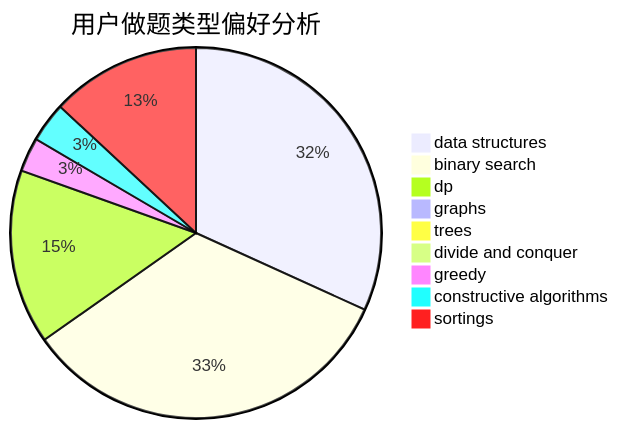
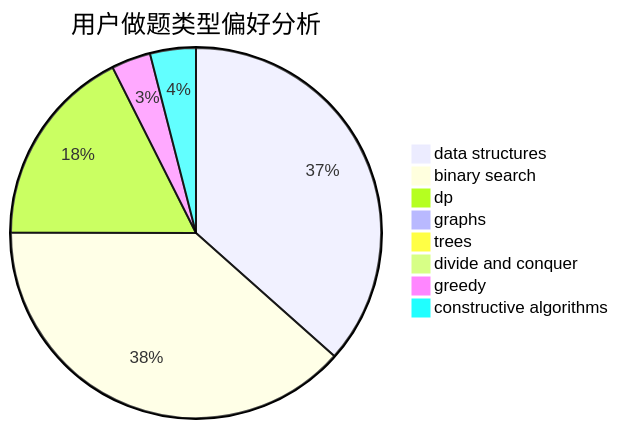
One commit to sherpahu/cfrs.github.io changed the second of 3 diagrams in docs/user/u1362.md. Above: the diagram before and after it, drawn with Mermaid. The commit also changed other lines of this file and 2769 other files, not shown here.

````diff
--- a/docs/user/u1362.md
+++ b/docs/user/u1362.md
@@ -18,12 +18,11 @@
 ```mermaid
 pie title 用户做题类型偏好分析
     "data structures" :  192
     "binary search" :  202
     "dp" :  92
     "graphs" :  0
     "trees" :  0
     "divide and conquer" :  0
     "greedy" :  18
     "constructive algorithms" :  21
-    "sortings" :  79
 ```
````
